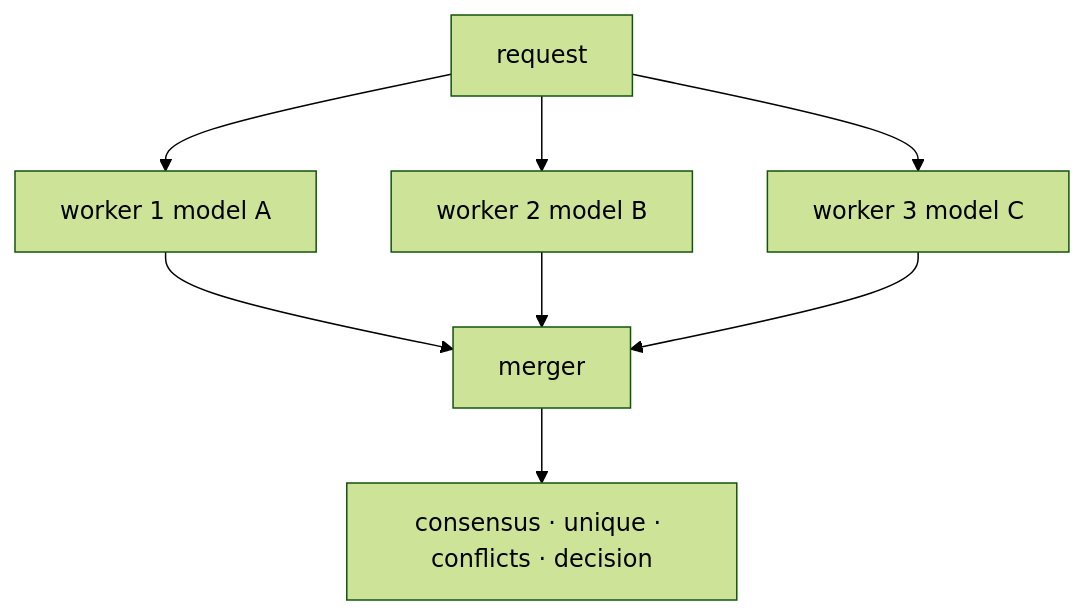
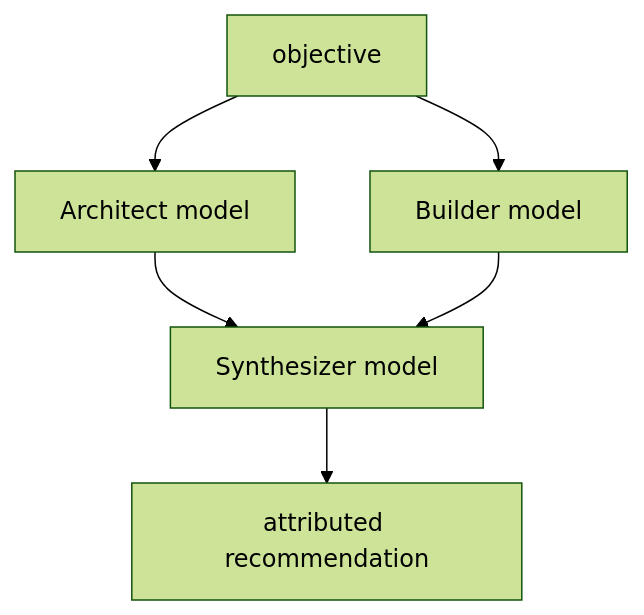
The eighth of 8 diagrams in README.md (ccoussa717/alloy), drawn with Mermaid (forest theme) before and after one commit. The commit also changed other lines of this file and 23 other files, not shown here.

Commit message:
feat(fusion): add architect-builder synthesis

````diff
--- a/README.md
+++ b/README.md
@@ -553,10 +555,8 @@
 ```mermaid
 flowchart TB
-  R[request] --> W1[worker 1 model A]
-  R --> W2[worker 2 model B]
-  R --> W3[worker 3 model C]
-  W1 --> M[merger]
-  W2 --> M
-  W3 --> M
-  M --> O[consensus · unique · conflicts · decision]
+  R[objective] --> A[Architect model]
+  R --> B[Builder model]
+  A --> S[Synthesizer model]
+  B --> S
+  S --> O[attributed recommendation]
 ```
````
